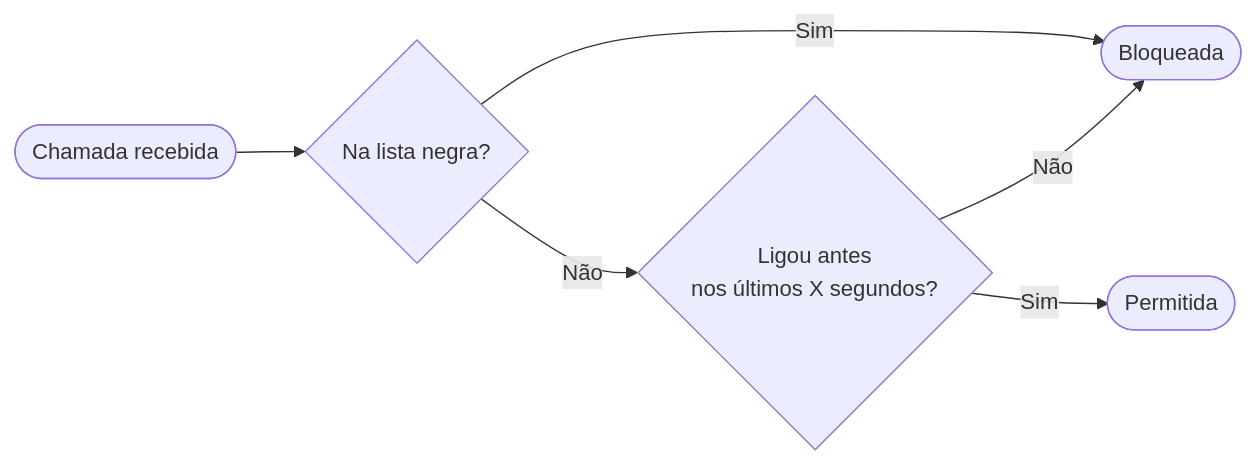
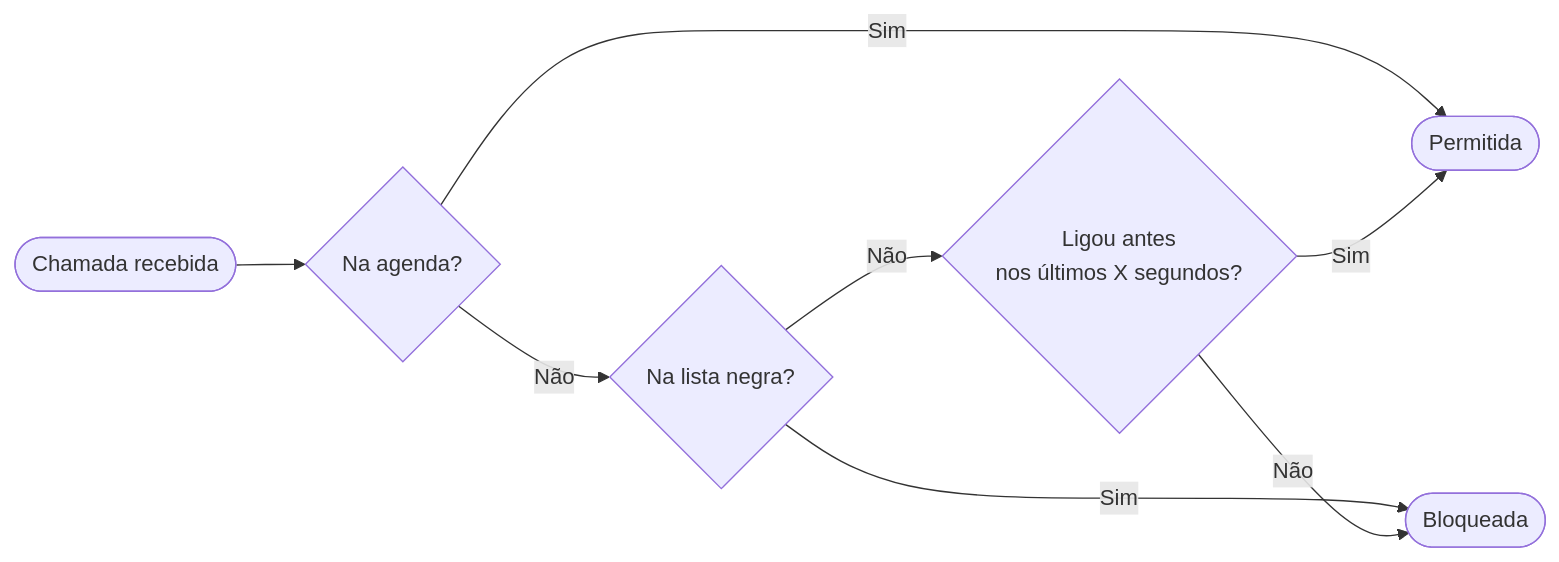
The diagram in README.md (acdcmaia/call-guard), drawn with Mermaid before and after one commit. The commit also changed other lines of this file, not shown here.

````diff
--- a/README.md
+++ b/README.md
@@ -7,8 +7,10 @@
 ```mermaid
 flowchart LR
-    A([Chamada recebida]) --> B{Na lista negra?}
+    A([Chamada recebida]) --> CK{Na agenda?}
+    CK -- Sim --> E([Permitida])
+    CK -- Não --> B{Na lista negra?}
     B -- Sim --> C([Bloqueada])
     B -- Não --> D{Ligou antes\nnos últimos X segundos?}
     D -- Não --> C
-    D -- Sim --> E([Permitida])
+    D -- Sim --> E
 ```
````
